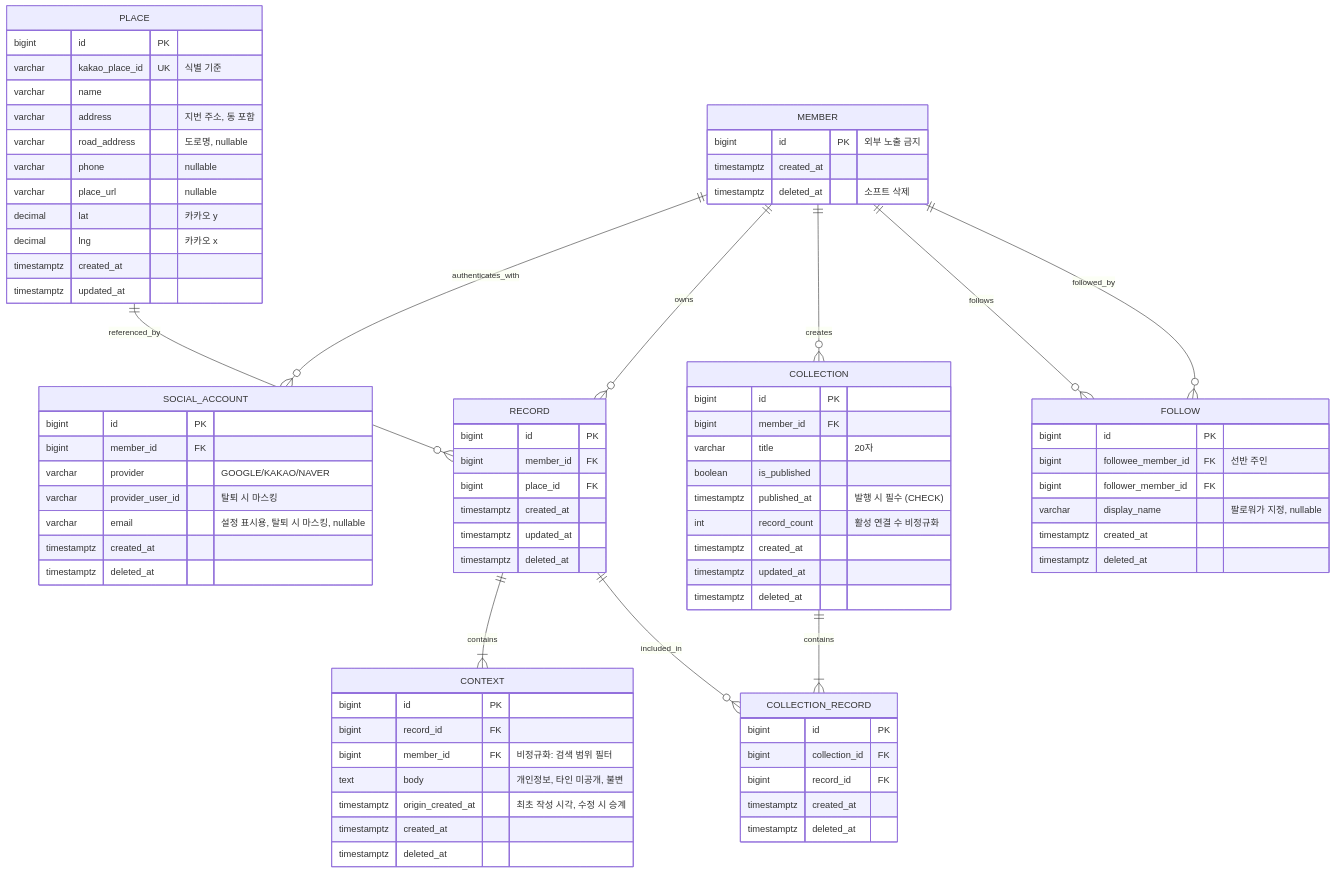
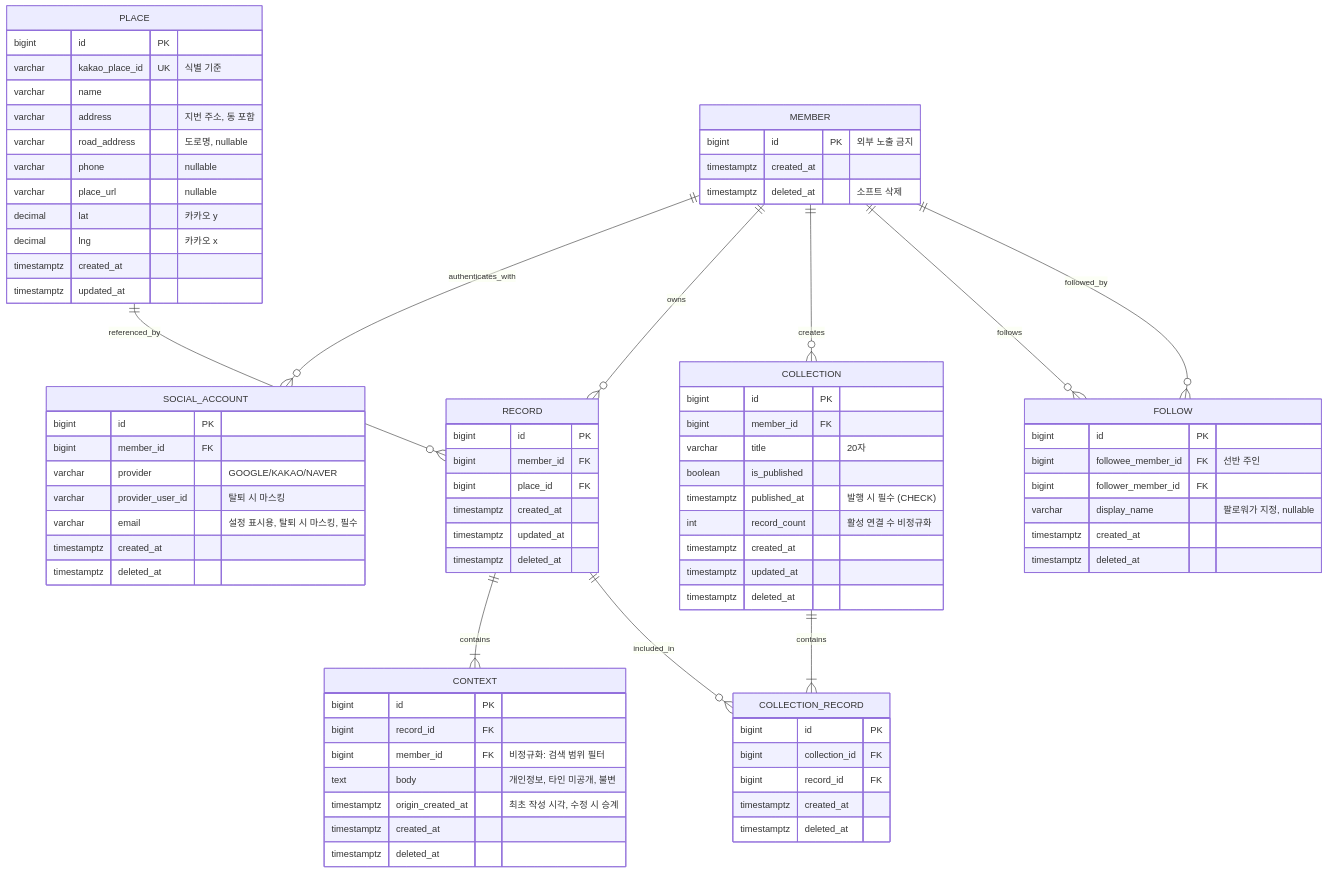
One commit to Team-PinLog/docs changed the first of 2 diagrams in static/07_ERD.md. Above: the diagram before and after it, drawn with Mermaid. The commit also changed 2 other files, not shown here.

Commit message:
docs: 소셜 로그인 이메일을 필수로 개정한다 (06 §2.2)
프론트에 이메일을 표시하는 화면이 있어 값이 반드시 있어야 하고, 이메일 없는 계정이
존재해서는 안 된다는 결정이다. 06 §2.2가 "미동의·미제공 시 null일 수 있다"로 정하고
있어 구현보다 이 개정이 먼저 필요하다.

- 06 §2.2: 스키마 email NULL → NOT NULL, 서술을 필수로 개정
- 07_ERD: social_account.email 주석 nullable → 필수
- 08 §3.2: 콜백 실패 사유에 이메일 없는 응답을 추가
- 08 §3.5: email이 항상 있다는 것을 명시

§3.5의 한 줄이 프론트가 문제 제기한 지점을 닫는다. §1.6이 null 필드를 직렬화에서
생략하므로 지금까지는 응답에 email 키 자체가 없을 수 있었고, 그래서 클라이언트가
값 없음을 대비해야 했다.

보장 순서를 명시했다. 1차는 공급자 콘솔의 필수 동의 설정이다 — 사용자가 이메일만
거절하고 진행하는 선택지가 동의 화면에 없으므로, 거부하면 로그인이 취소되어 가입
요청 자체가 오지 않는다. 서버의 거절과 컬럼 NOT NULL은 그 설정에 의존하는 상태를
코드로 확인하는 방어선이며, 전제가 깨지는 경우(콘솔이 선택 동의로 되돌려짐, 공급자
응답 형식 변경, 카카오 비즈 앱 자격 상실)에 값 없는 계정이 조용히 만들어지는 것을
막는다. 즉 사용자가 일상적으로 밟는 흐름이 아니다.

구현은 Team-PinLog/back S15P11A705-152 (back#97)

```diff
--- a/static/07_ERD.md
+++ b/static/07_ERD.md
@@ -29,7 +29,7 @@
         bigint member_id FK
         varchar provider "GOOGLE/KAKAO/NAVER"
         varchar provider_user_id "탈퇴 시 마스킹"
-        varchar email "설정 표시용, 탈퇴 시 마스킹, nullable"
+        varchar email "설정 표시용, 탈퇴 시 마스킹, 필수"
         timestamptz created_at
         timestamptz deleted_at
     }
```
